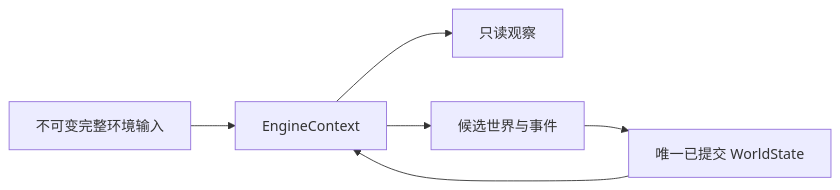
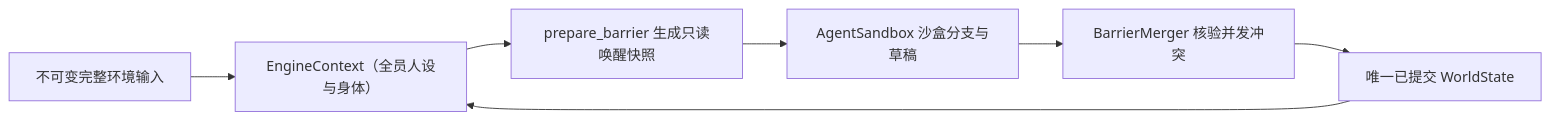
Before and after one commit to HoldThatThgt/WorldMock: the diagram in docs/design/09-io-formats.md, drawn with Mermaid. The commit also changed other lines of this file and 19 other files, not shown here.

````diff
--- a/docs/design/09-io-formats.md
+++ b/docs/design/09-io-formats.md
@@ -13,8 +13,9 @@
 ```mermaid
 flowchart LR
-    Input[不可变完整环境输入] --> Context[EngineContext]
-    State[唯一已提交 WorldState] --> Context
-    Context --> View[只读观察]
-    Context --> Transaction[候选世界与事件]
-    Transaction --> State
+    Input["不可变完整环境输入"] --> Context["EngineContext（全员人设与身体）"]
+    State["唯一已提交 WorldState"] --> Context
+    Context --> Barrier["prepare_barrier 生成只读唤醒快照"]
+    Barrier --> Sandbox["AgentSandbox 沙盒分支与草稿"]
+    Sandbox --> Merge["BarrierMerger 核验并发冲突"]
+    Merge --> State
 ```
````
